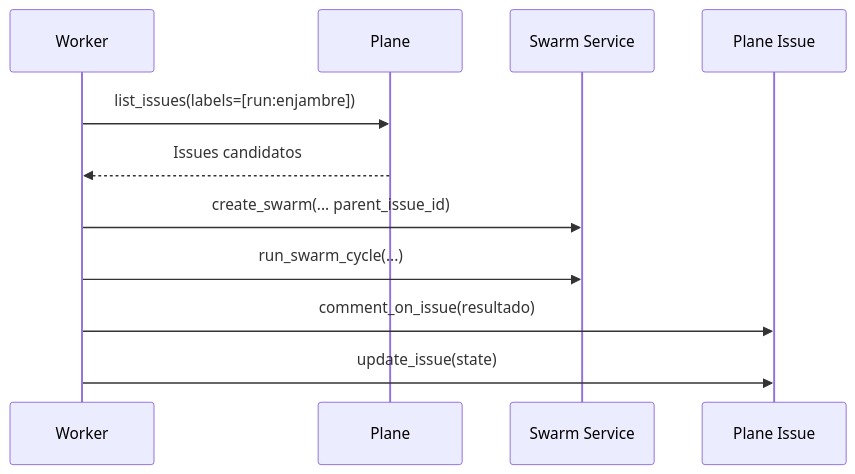
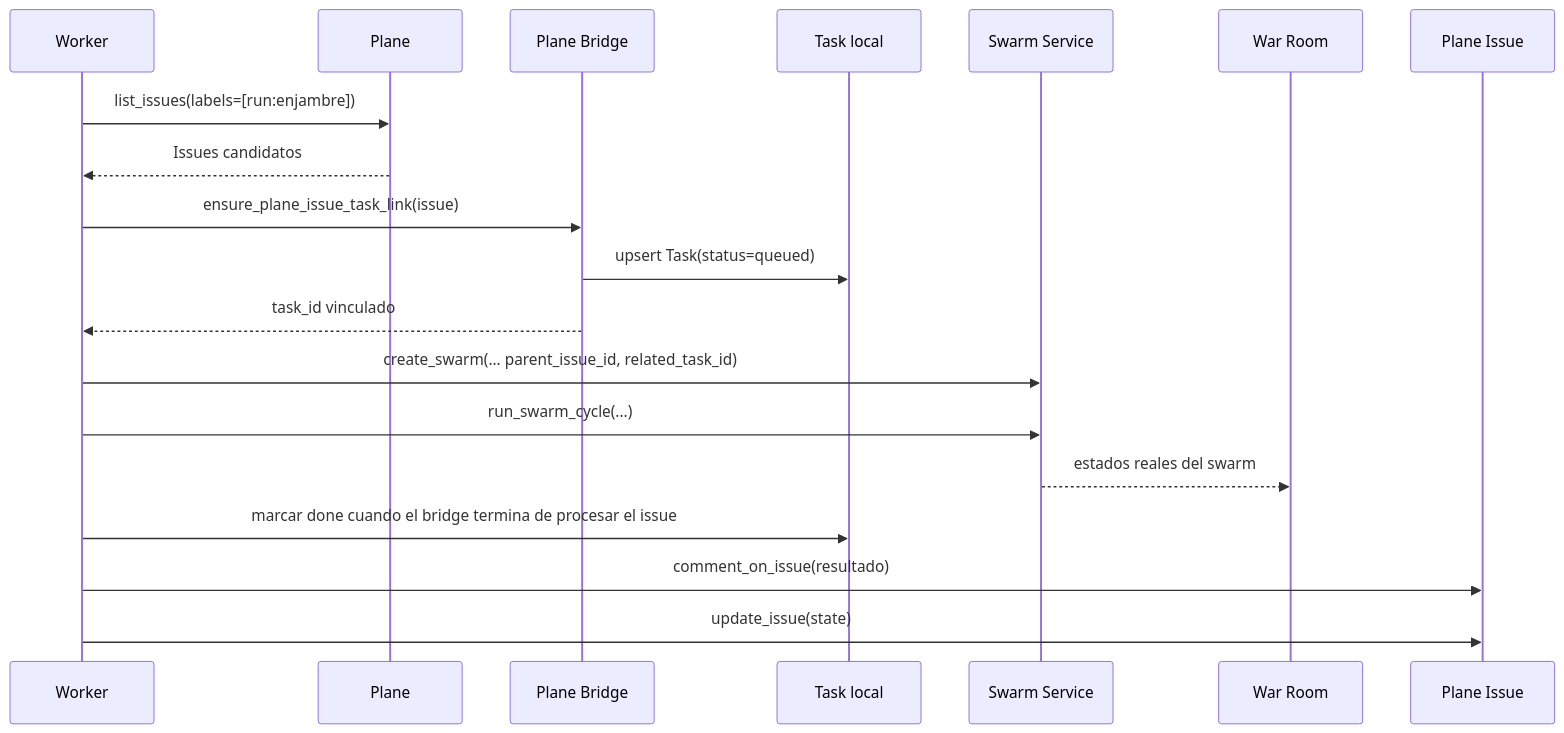
Before and after one commit to Wikibuda/metiche-os: the third of 5 diagrams in docs/DIAGRAMAS.md, drawn with Mermaid. The commit also changed other lines of this file and 3 other files, not shown here.

Commit message:
fix: robustecer bridge de plane y documentar flujo war room

````diff
--- a/docs/DIAGRAMAS.md
+++ b/docs/DIAGRAMAS.md
@@ -113,14 +113,22 @@
 ```mermaid
 sequenceDiagram
   participant W as Worker
   participant PL as Plane
+  participant BR as Plane Bridge
+  participant TK as Task local
   participant SW as Swarm Service
+  participant WR as War Room
   participant PI as Plane Issue
 
   W->>PL: list_issues(labels=[run:enjambre])
   PL-->>W: Issues candidatos
-  W->>SW: create_swarm(... parent_issue_id)
+  W->>BR: ensure_plane_issue_task_link(issue)
+  BR->>TK: upsert Task(status=queued)
+  BR-->>W: task_id vinculado
+  W->>SW: create_swarm(... parent_issue_id, related_task_id)
   W->>SW: run_swarm_cycle(...)
+  SW-->>WR: estados reales del swarm
+  W->>TK: marcar done cuando el bridge termina de procesar el issue
   W->>PI: comment_on_issue(resultado)
   W->>PI: update_issue(state)
 ```
````
